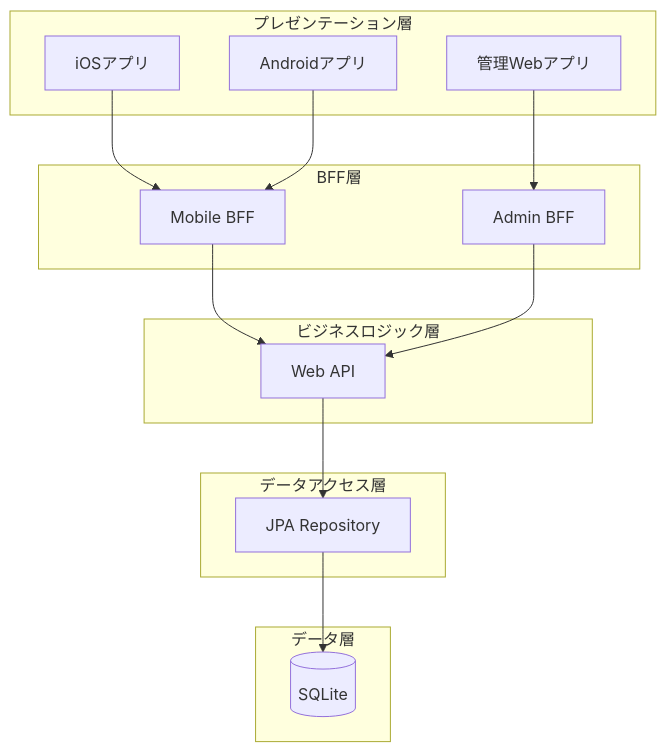
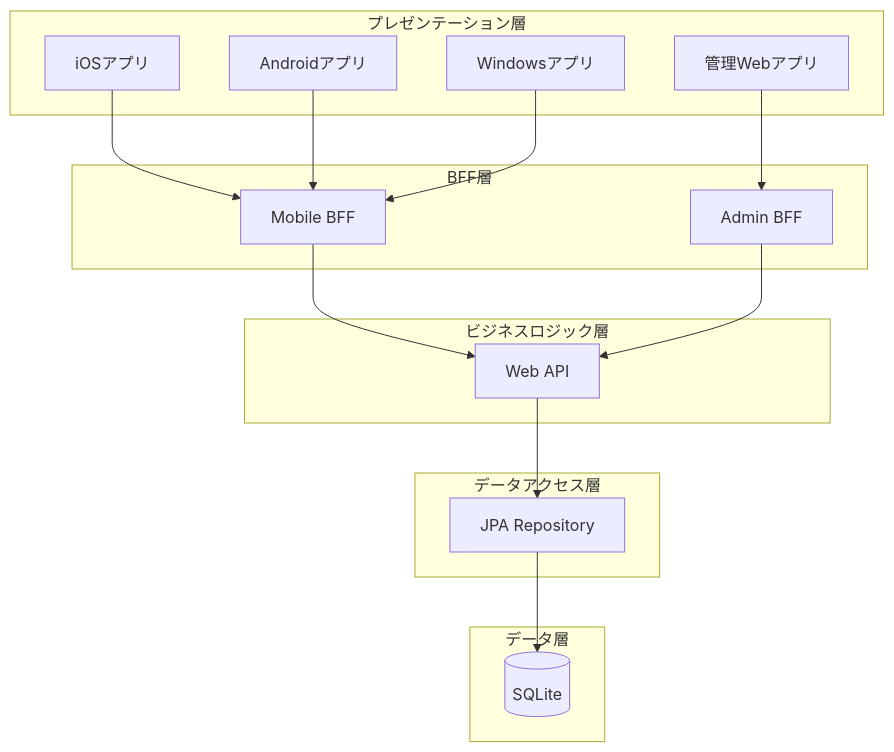
One commit to Takas0522/ws-demo-mobile-app changed the third of 7 diagrams in docs/architecture/00-overview.md. Above: the diagram before and after it, drawn with Mermaid. The commit also changed other lines of this file and 3 other files, not shown here.

First line of the commit message:
docs: add Windows App (C++20/Win32/MVVM) to architecture documents

````diff
--- a/docs/architecture/00-overview.md
+++ b/docs/architecture/00-overview.md
@@ -106,33 +109,35 @@
 ```mermaid
 graph TD
     subgraph "プレゼンテーション層"
         P1[iOSアプリ]
         P2[Androidアプリ]
         P3[管理Webアプリ]
+        P4[Windowsアプリ]
     end
     
     subgraph "BFF層"
         B1[Mobile BFF]
         B2[Admin BFF]
     end
     
     subgraph "ビジネスロジック層"
         BL[Web API]
     end
     
     subgraph "データアクセス層"
         DAL[JPA Repository]
     end
     
     subgraph "データ層"
         DB[(SQLite)]
     end
     
     P1 --> B1
     P2 --> B1
+    P4 --> B1
     P3 --> B2
     B1 --> BL
     B2 --> BL
     BL --> DAL
     DAL --> DB
 ```
````
